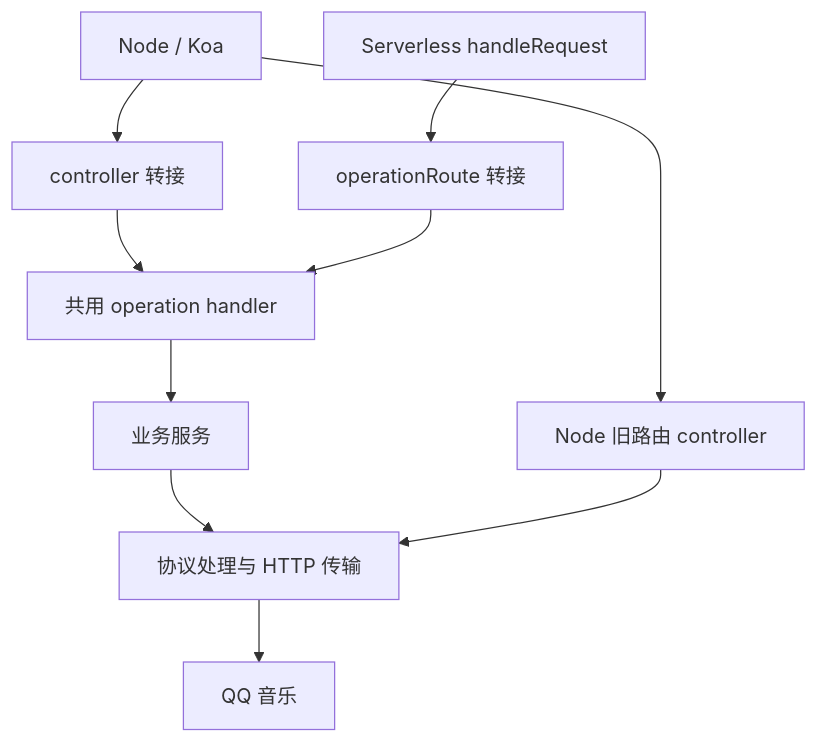
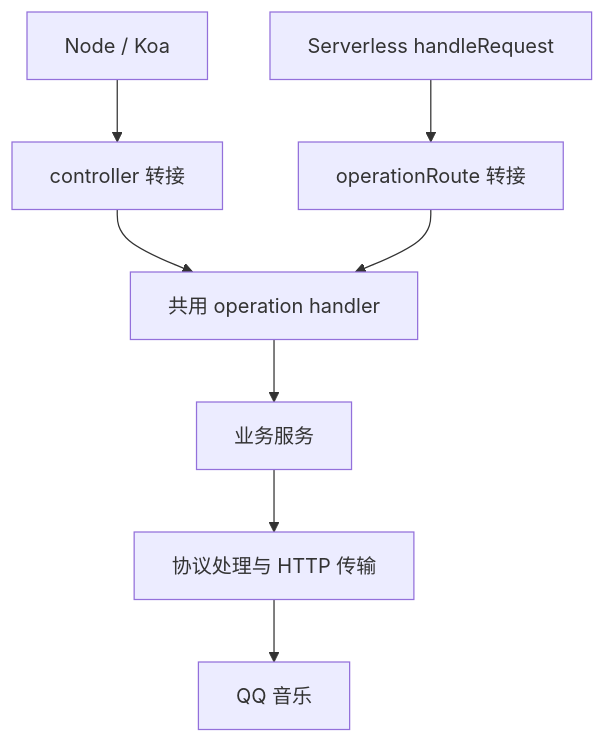
The diagram in ARCHITECTURE.md (MoHua55/qq-music-api), drawn with Mermaid before and after one commit. The commit also changed other lines of this file and 4 other files, not shown here.

````diff
--- a/ARCHITECTURE.md
+++ b/ARCHITECTURE.md
@@ -39,12 +39,10 @@
 ```mermaid
 flowchart TD
   N[Node / Koa] --> C[controller 转接]
   W[Serverless handleRequest] --> R[operationRoute 转接]
   C --> H[共用 operation handler]
   R --> H
   H --> S[业务服务]
   S --> P[协议处理与 HTTP 传输]
   P --> Q[QQ 音乐]
-  N --> L[Node 旧路由 controller]
-  L --> P
 ```
````
